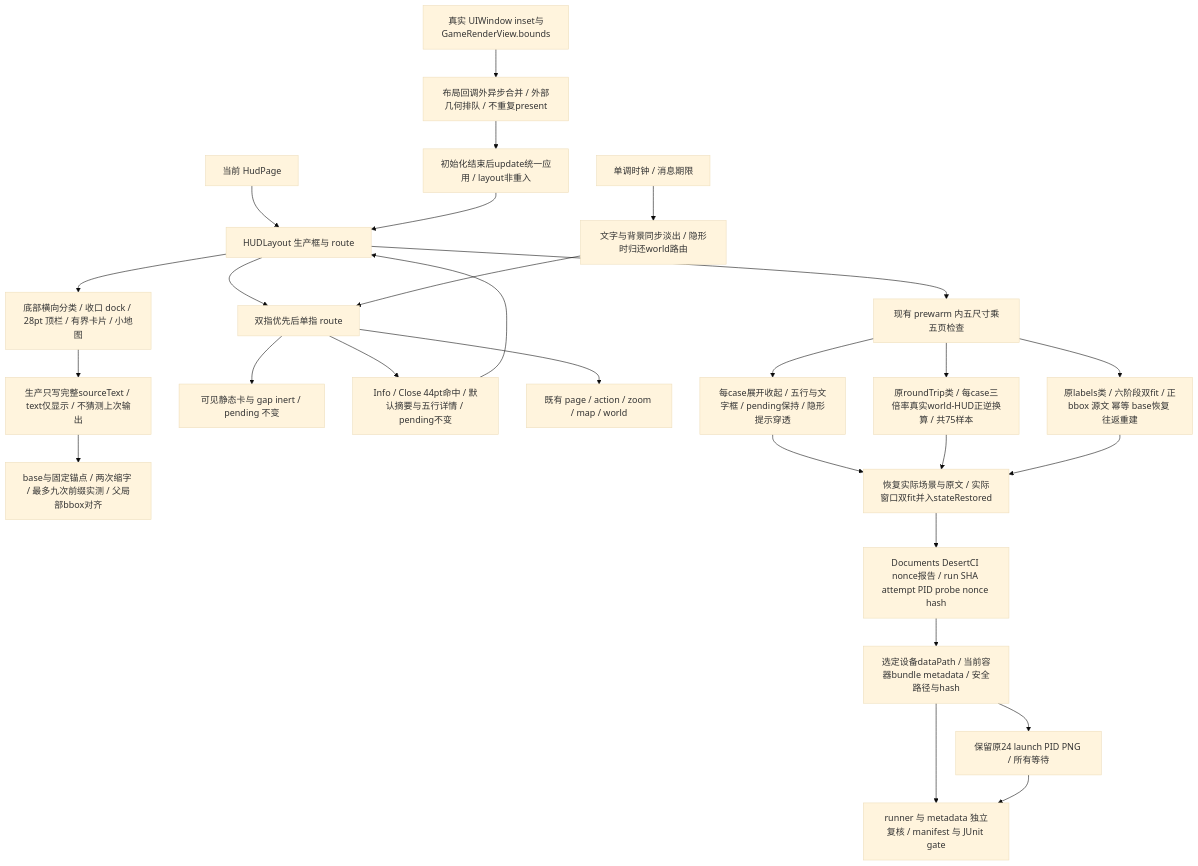
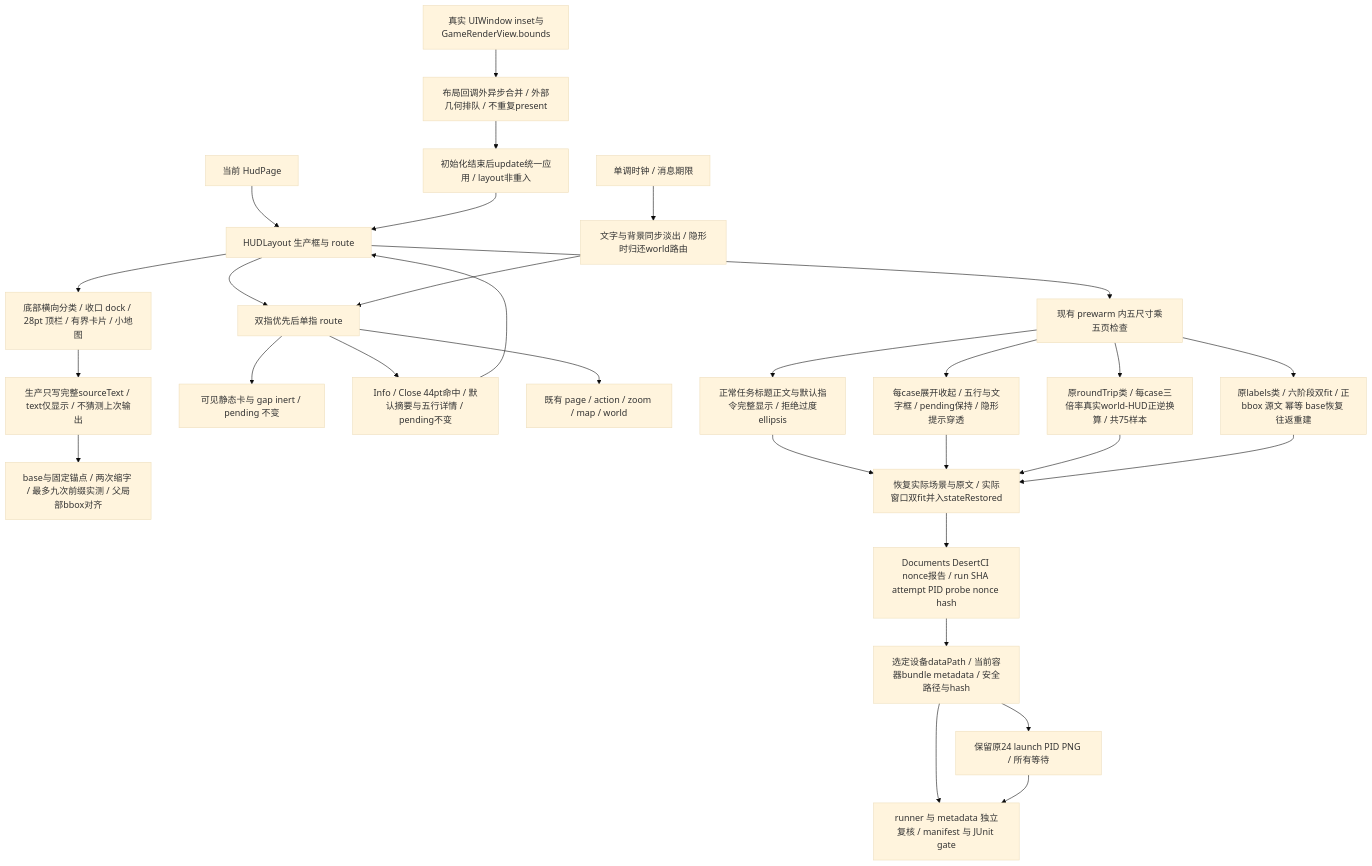
One commit to Altman-sam114/1145 changed the fourth of 10 diagrams in md/flow/flowchart.md. Above: the diagram before and after it, drawn with Mermaid (base theme). The commit also changed other lines of this file and 14 other files, not shown here.

````diff
--- a/md/flow/flowchart.md
+++ b/md/flow/flowchart.md
@@ -193,29 +195,31 @@
 ```mermaid
 flowchart TD
   Window[真实 UIWindow inset与GameRenderView.bounds] --> Pending[布局回调外异步合并 / 外部几何排队 / 不重复present]
   Pending --> SceneInsets[初始化结束后update统一应用 / layout非重入]
   Page[当前 HudPage] --> Layout[HUDLayout 生产框与 route]
   SceneInsets --> Layout
   Layout --> Draw[底部横向分类 / 收口 dock / 28pt 顶栏 / 有界卡片 / 小地图]
   Draw --> Source[生产只写完整sourceText / text仅显示 / 不猜测上次输出]
   Source --> Fit[base与固定锚点 / 两次缩字 / 最多九次前缀实测 / 父局部bbox对齐]
   Layout --> Touch[双指优先后单指 route]
   Touch --> Inert[可见静态卡与 gap inert / pending 不变]
   Touch --> Details[Info / Close 44pt命中 / 默认摘要与五行详情 / pending不变]
   Details --> Layout
   Clock[单调时钟 / 消息期限] --> Toast[文字与背景同步淡出 / 隐形时归还world路由]
   Toast --> Touch
   Touch --> Command[既有 page / action / zoom / map / world]
   Layout --> SwiftContract[现有 prewarm 内五尺寸乘五页检查]
   SwiftContract --> LabelAudit[原labels类 / 六阶段双fit / 正bbox 源文 幂等 base恢复 往返重建]
   SwiftContract --> ViewportAudit[原roundTrip类 / 每case三倍率真实world-HUD正逆换算 / 共75样本]
   SwiftContract --> DisclosureAudit[每case展开收起 / 五行与文字框 / pending保持 / 隐形提示穿透]
+  SwiftContract --> Readable[正常任务标题正文与默认指令完整显示 / 拒绝过度ellipsis]
+  Readable --> Restore
   DisclosureAudit --> Restore
   ViewportAudit --> Restore
   LabelAudit --> Restore[恢复实际场景与原文 / 实际窗口双fit并入stateRestored]
   Restore --> JSON[Documents DesertCI nonce报告 / run SHA attempt PID probe nonce hash]
   JSON --> Read[选定设备dataPath / 当前容器bundle metadata / 安全路径与hash]
   Read --> Gate[runner 与 metadata 独立复核 / manifest 与 JUnit gate]
   Read --> Capture[保留原24 launch PID PNG / 所有等待]
   Capture --> Gate
 ```
````
